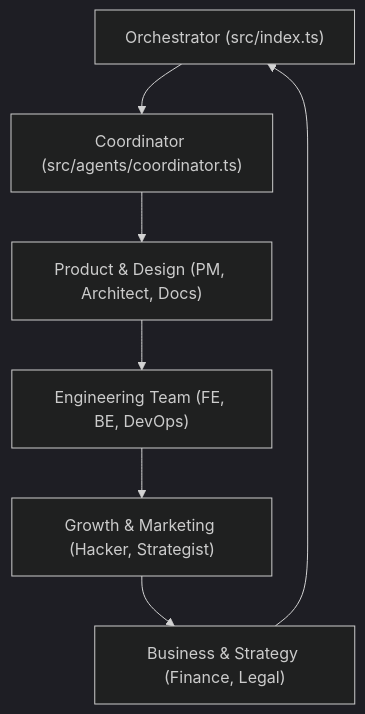
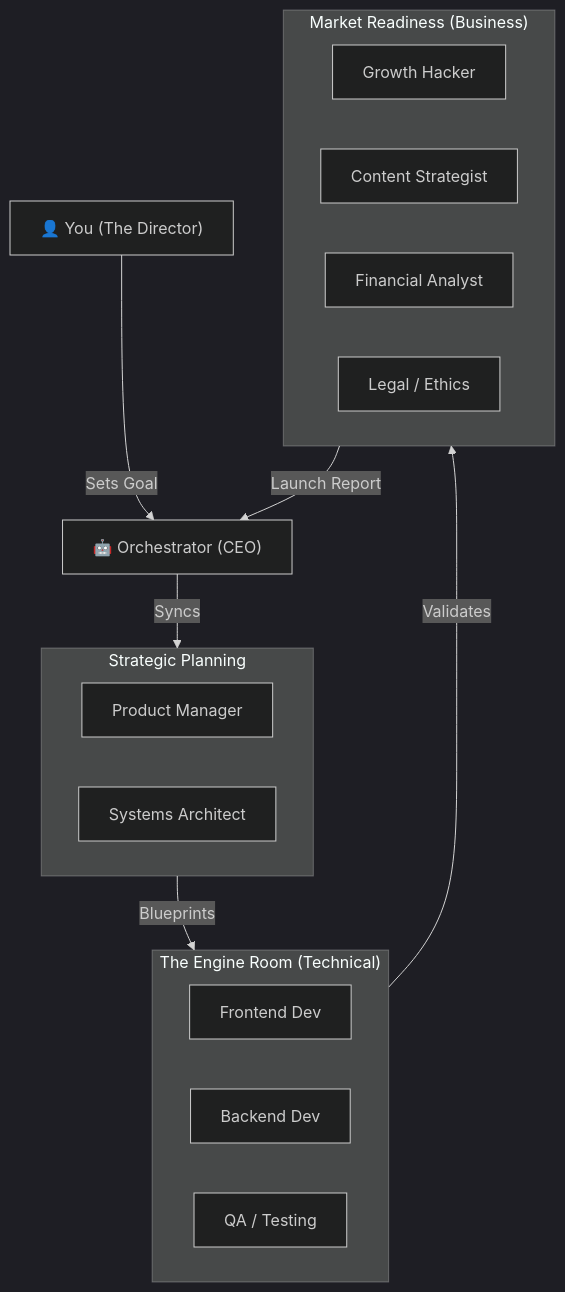
Before and after one commit to Jeshrum/jeshai: the diagram in README.md, drawn with Mermaid (dark theme). The commit also changed other lines of this file, not shown here.

````diff
--- a/README.md
+++ b/README.md
@@ -25,19 +13,34 @@
 ```mermaid
 graph TD
-    %% Management
-    CEO["Orchestrator (src/index.ts)"]
-    CM["Coordinator (src/agents/coordinator.ts)"]
+    %% Executive Layer
+    Director["👤 You (The Director)"]
+    Orchestrator["🤖 Orchestrator (CEO)"]
     
-    %% Production
-    ENG["Engineering Team (FE, BE, DevOps)"]
-    PRODUCT["Product & Design (PM, Architect, Docs)"]
-    GROWTH["Growth & Marketing (Hacker, Strategist)"]
-    STRAT["Business & Strategy (Finance, Legal)"]
+    %% Strategy Layer
+    subgraph Strategy_and_Planning ["Strategic Planning"]
+        PM["Product Manager"]
+        Arch["Systems Architect"]
+    end
 
-    CEO --> CM
-    CM --> PRODUCT
-    PRODUCT --> ENG
-    ENG --> GROWTH
-    GROWTH --> STRAT
-    STRAT --> CEO
+    %% Execution Layer
+    subgraph Execution_and_Build ["The Engine Room (Technical)"]
+        FE["Frontend Dev"]
+        BE["Backend Dev"]
+        QA["QA / Testing"]
+    end
+
+    %% Growth Layer
+    subgraph Growth_and_Launch ["Market Readiness (Business)"]
+        GH["Growth Hacker"]
+        CS["Content Strategist"]
+        FA["Financial Analyst"]
+        Leg["Legal / Ethics"]
+    end
+
+    %% Connections
+    Director -- "Sets Goal" --> Orchestrator
+    Orchestrator -- "Syncs" --> Strategy_and_Planning
+    Strategy_and_Planning -- "Blueprints" --> Execution_and_Build
+    Execution_and_Build -- "Validates" --> Growth_and_Launch
+    Growth_and_Launch -- "Launch Report" --> Orchestrator
 ```
````
